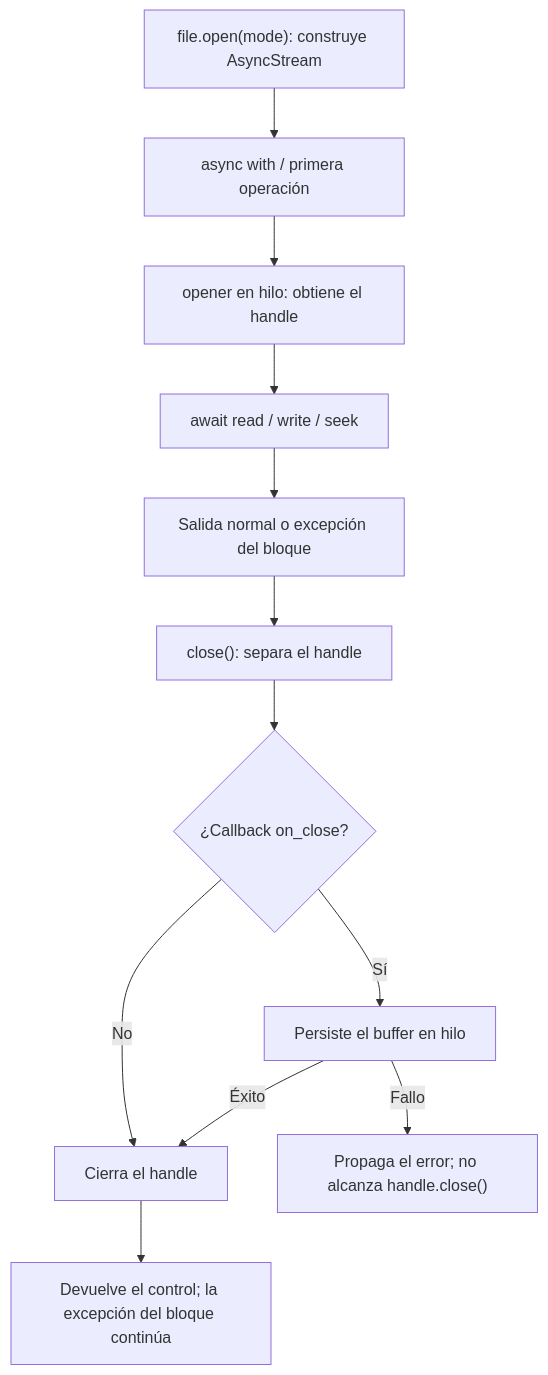
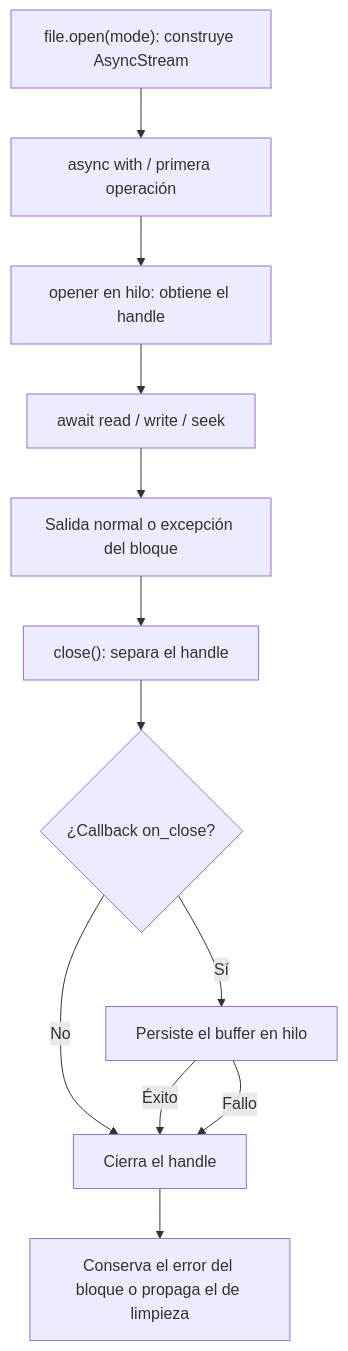
The diagram in src/content/docs/es/storage/temporary-files-and-contexts.md (orionis-framework/docs), drawn with Mermaid before and after one commit. The commit also changed other lines of this file and 254 other files, not shown here.

````diff
--- a/src/content/docs/es/storage/temporary-files-and-contexts.md
+++ b/src/content/docs/es/storage/temporary-files-and-contexts.md
@@ -47,14 +47,14 @@
 ```mermaid
 flowchart TD
     A["file.open(mode): construye AsyncStream"] --> B["async with / primera operación"]
     B --> C["opener en hilo: obtiene el handle"]
     C --> D["await read / write / seek"]
     D --> E["Salida normal o excepción del bloque"]
     E --> F["close(): separa el handle"]
     F --> G{"¿Callback on_close?"}
     G -->|No| H["Cierra el handle"]
     G -->|Sí| I["Persiste el buffer en hilo"]
     I -->|Éxito| H
-    I -->|Fallo| J["Propaga el error; no alcanza handle.close()"]
-    H --> K["Devuelve el control; la excepción del bloque continúa"]
+    I -->|Fallo| H
+    H --> K["Conserva el error del bloque o propaga el de limpieza"]
 ```
````
